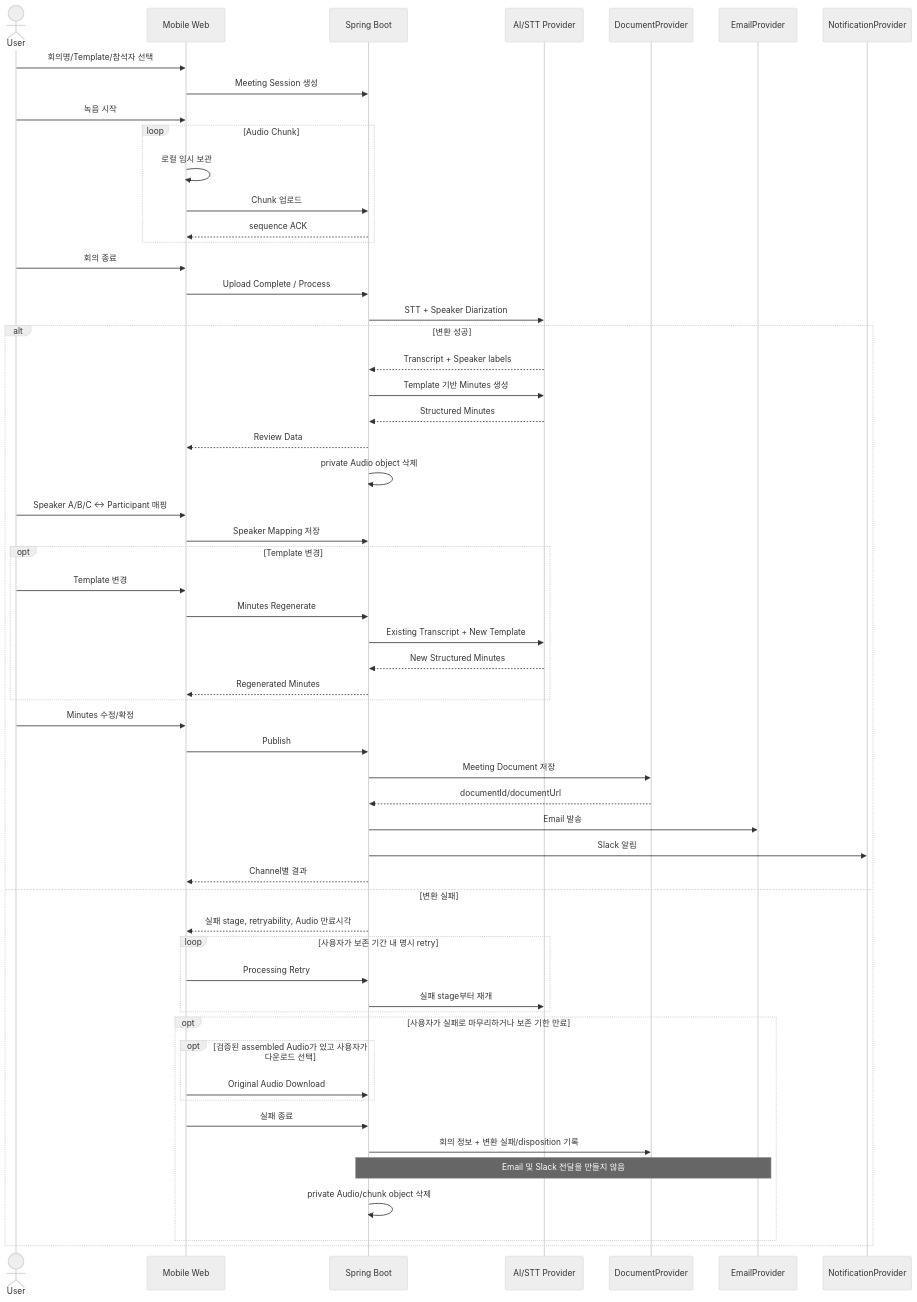
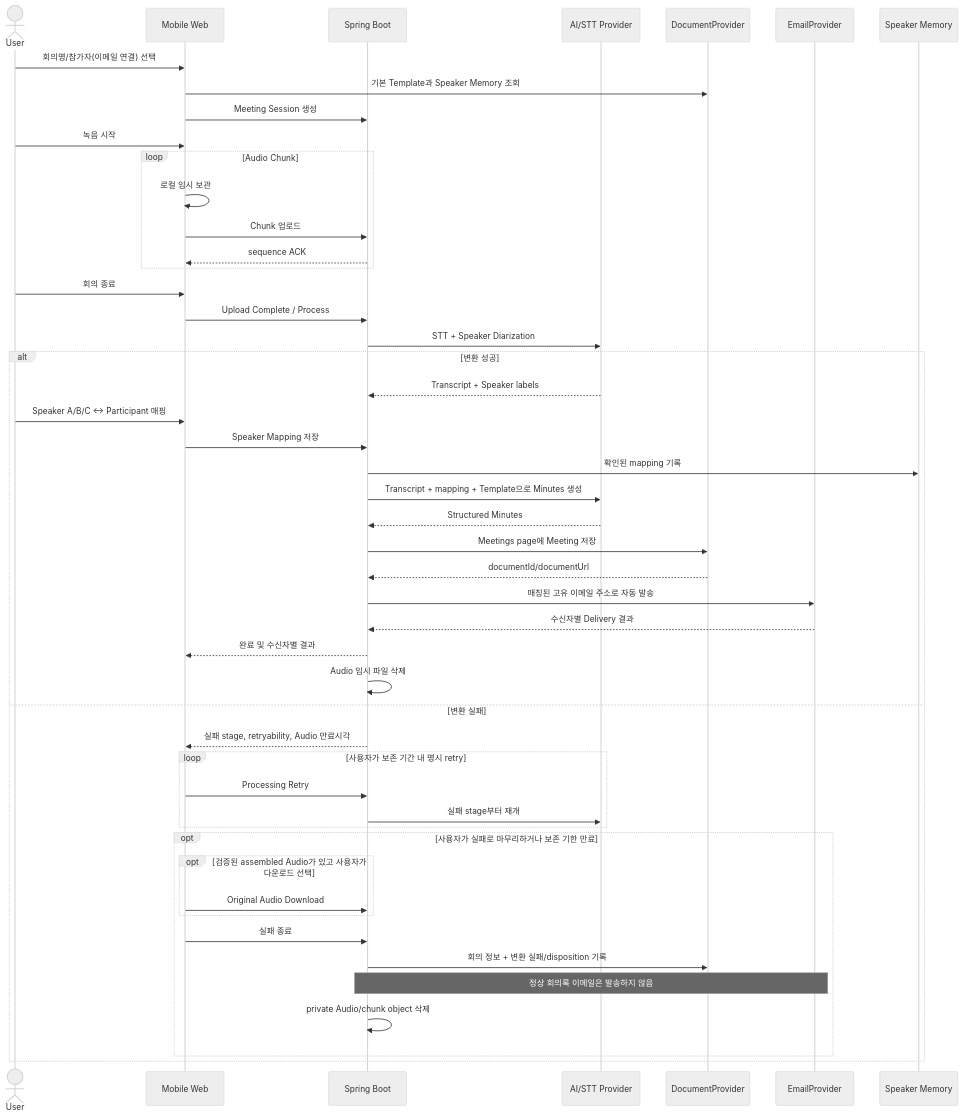
Before and after one commit to donghyunlee-dev/meeting-automation: the third of 7 diagrams in docs/product/PRD.md, drawn with Mermaid (neutral theme). The commit also changed other lines of this file and 11 other files, not shown here.

````diff
--- a/docs/product/PRD.md
+++ b/docs/product/PRD.md
@@ -397,65 +410,55 @@
 ``` mermaid
 sequenceDiagram
     actor U as User
     participant W as Mobile Web
     participant B as Spring Boot
     participant A as AI/STT Provider
     participant D as DocumentProvider
     participant E as EmailProvider
-    participant N as NotificationProvider
+    participant SM as Speaker Memory
 
-    U->>W: 회의명/Template/참석자 선택
+    U->>W: 회의명/참가자(이메일 연결) 선택
+    W->>D: 기본 Template과 Speaker Memory 조회
     W->>B: Meeting Session 생성
     U->>W: 녹음 시작
 
     loop Audio Chunk
         W->>W: 로컬 임시 보관
         W->>B: Chunk 업로드
         B-->>W: sequence ACK
     end
 
     U->>W: 회의 종료
     W->>B: Upload Complete / Process
     B->>A: STT + Speaker Diarization
     alt 변환 성공
         A-->>B: Transcript + Speaker labels
-        B->>A: Template 기반 Minutes 생성
-        A-->>B: Structured Minutes
-        B-->>W: Review Data
-        B->>B: private Audio object 삭제
-
         U->>W: Speaker A/B/C ↔ Participant 매핑
         W->>B: Speaker Mapping 저장
+        B->>SM: 확인된 mapping 기록
+        B->>A: Transcript + mapping + Template으로 Minutes 생성
+        A-->>B: Structured Minutes
+        B->>D: Meetings page에 Meeting 저장
+        D-->>B: documentId/documentUrl
+        B->>E: 매칭된 고유 이메일 주소로 자동 발송
+        E-->>B: 수신자별 Delivery 결과
+        B-->>W: 완료 및 수신자별 결과
+        B->>B: Audio 임시 파일 삭제
 
-        opt Template 변경
-            U->>W: Template 변경
-            W->>B: Minutes Regenerate
-            B->>A: Existing Transcript + New Template
-            A-->>B: New Structured Minutes
-            B-->>W: Regenerated Minutes
-        end
-
-        U->>W: Minutes 수정/확정
-        W->>B: Publish
-        B->>D: Meeting Document 저장
-        D-->>B: documentId/documentUrl
-        B->>E: Email 발송
-        B->>N: Slack 알림
-        B-->>W: Channel별 결과
     else 변환 실패
         B-->>W: 실패 stage, retryability, Audio 만료시각
         loop 사용자가 보존 기간 내 명시 retry
             W->>B: Processing Retry
             B->>A: 실패 stage부터 재개
         end
         opt 사용자가 실패로 마무리하거나 보존 기한 만료
             opt 검증된 assembled Audio가 있고 사용자가 다운로드 선택
                 W->>B: Original Audio Download
             end
             W->>B: 실패 종료
             B->>D: 회의 정보 + 변환 실패/disposition 기록
-            Note over B,E: Email 및 Slack 전달을 만들지 않음
+            Note over B,E: 정상 회의록 이메일은 발송하지 않음
             B->>B: private Audio/chunk object 삭제
         end
     end
 ```
````
